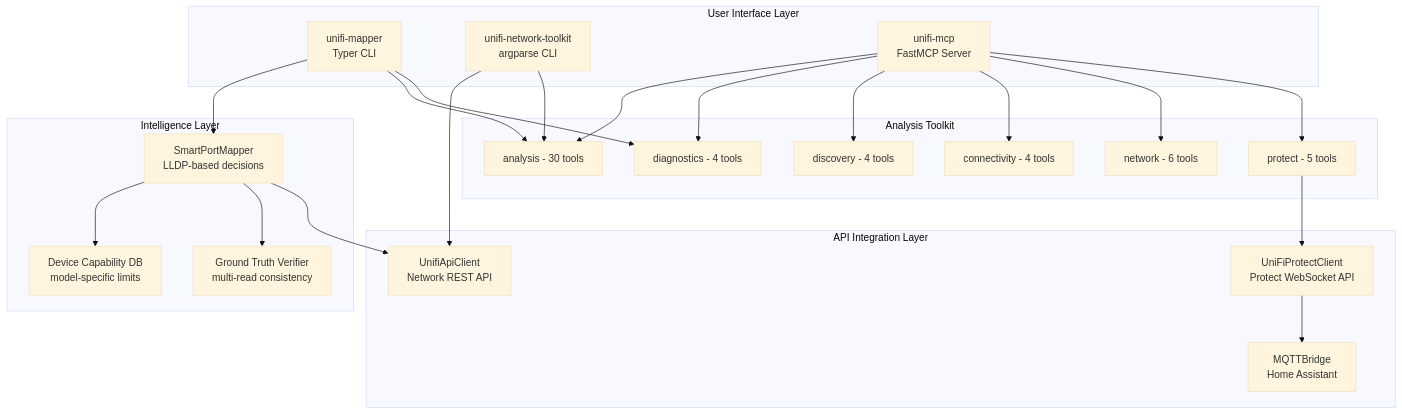
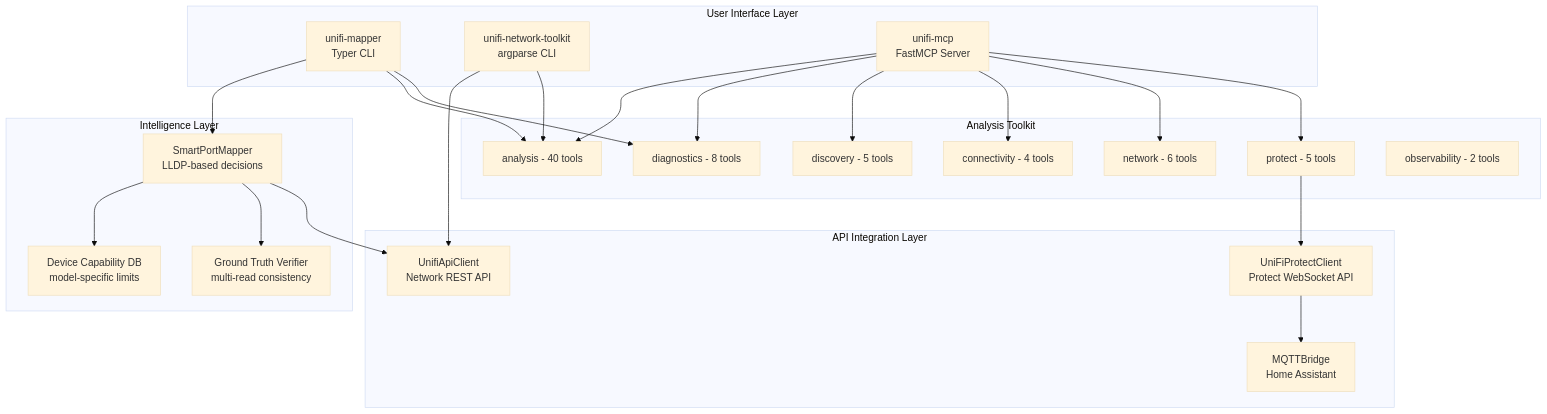
Diagram 20 of 20 in docs/guides/use-cases-and-howto.md (NetDevAutomate/unifi_management_cli), drawn with Mermaid (base theme) before and after one commit. The commit also changed other lines of this file and 4 other files, not shown here.

````diff
--- a/docs/guides/use-cases-and-howto.md
+++ b/docs/guides/use-cases-and-howto.md
@@ -1763,48 +1773,49 @@
 ```mermaid
 flowchart TB
     subgraph UI["User Interface Layer"]
         A[unifi-mapper<br/>Typer CLI]
         B[unifi-network-toolkit<br/>argparse CLI]
         C[unifi-mcp<br/>FastMCP Server]
     end
 
     subgraph Intel["Intelligence Layer"]
         D[SmartPortMapper<br/>LLDP-based decisions]
         E[Device Capability DB<br/>model-specific limits]
         F[Ground Truth Verifier<br/>multi-read consistency]
     end
 
     subgraph Analysis["Analysis Toolkit"]
-        G[analysis - 30 tools]
-        H[diagnostics - 4 tools]
-        I[discovery - 4 tools]
+        G[analysis - 40 tools]
+        H[diagnostics - 8 tools]
+        I[discovery - 5 tools]
         J[connectivity - 4 tools]
         K[network - 6 tools]
         L[protect - 5 tools]
+        P[observability - 2 tools]
     end
 
     subgraph API["API Integration Layer"]
         M[UnifiApiClient<br/>Network REST API]
         N[UniFiProtectClient<br/>Protect WebSocket API]
         O[MQTTBridge<br/>Home Assistant]
     end
 
     A --> D
     A --> G
     A --> H
     B --> M
     B --> G
     C --> G
     C --> H
     C --> I
     C --> J
     C --> K
     C --> L
 
     D --> E
     D --> F
     D --> M
 
     L --> N
     N --> O
 ```
````
